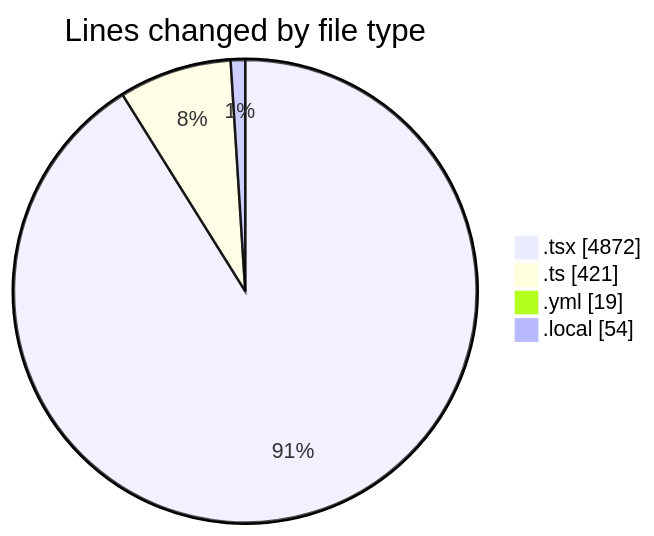
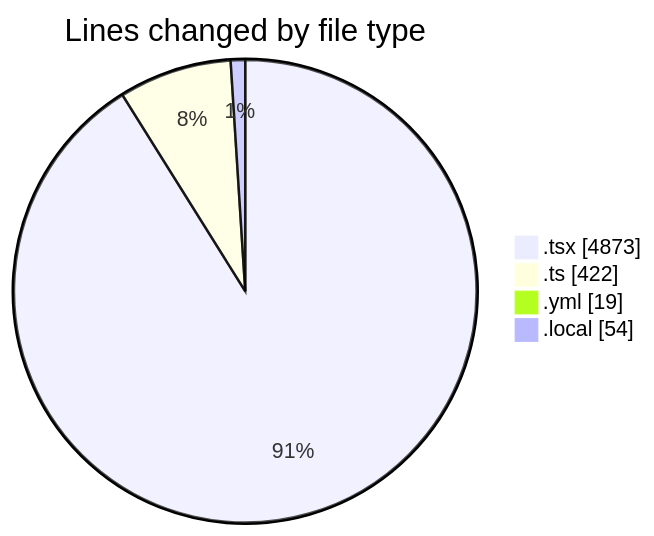
Before and after one commit to julien-gomy/code-tracking: the first of 2 diagrams in 2025-11-18/eventscop-frontend-guide__workspace_/README.md, drawn with Mermaid. The commit also changed other lines of this file and 1 other file, not shown here.

````diff
--- a/2025-11-18/eventscop-frontend-guide__workspace_/README.md
+++ b/2025-11-18/eventscop-frontend-guide__workspace_/README.md
@@ -62,8 +63,8 @@
 ```mermaid
 pie showData
 title Lines changed by file type
-".tsx" : 4872
-".ts" : 421
+".tsx" : 4873
+".ts" : 422
 ".yml" : 19
 ".local" : 54
 ```
````
